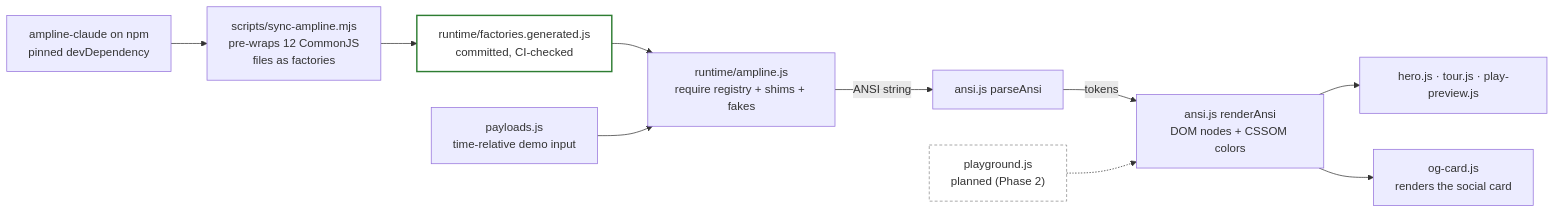
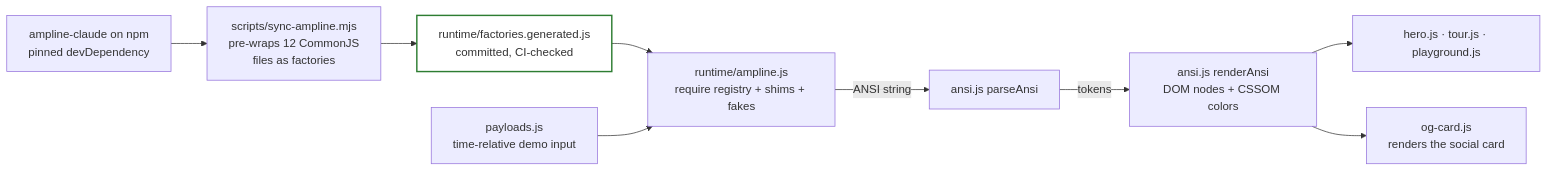
One commit to carterptull/ampline-website changed the first of 2 diagrams in diagrams/render-pipeline.md. Above: the diagram before and after it, drawn with Mermaid. The commit also changed other lines of this file and 16 other files, not shown here.

````diff
--- a/diagrams/render-pipeline.md
+++ b/diagrams/render-pipeline.md
@@ -12,15 +12,13 @@
 ```mermaid
 flowchart LR
     npm["ampline-claude on npm<br/>pinned devDependency"] --> sync["scripts/sync-ampline.mjs<br/>pre-wraps 12 CommonJS<br/>files as factories"]
     sync --> gen["runtime/factories.generated.js<br/>committed, CI-checked"]
     gen --> rt["runtime/ampline.js<br/>require registry + shims + fakes"]
     pay["payloads.js<br/>time-relative demo input"] --> rt
     rt -->|"ANSI string"| parse["ansi.js parseAnsi"]
     parse -->|"tokens"| dom["ansi.js renderAnsi<br/>DOM nodes + CSSOM colors"]
-    dom --> page["hero.js · tour.js · play-preview.js"]
+    dom --> page["hero.js · tour.js · playground.js"]
     dom --> card["og-card.js<br/>renders the social card"]
-    plan["playground.js<br/>planned (Phase 2)"] -.-> dom
 
     style gen fill:transparent,stroke:#2E7D32,stroke-width:2px
-    style plan fill:transparent,stroke:#888,stroke-width:1px,stroke-dasharray: 4 3
 ```
````
